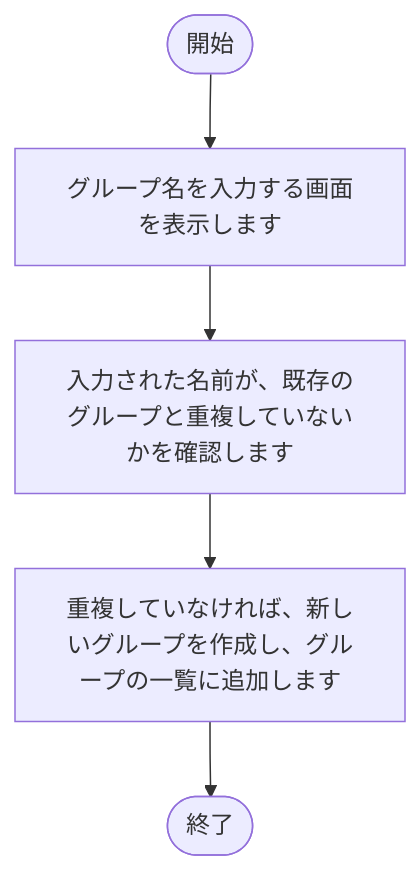
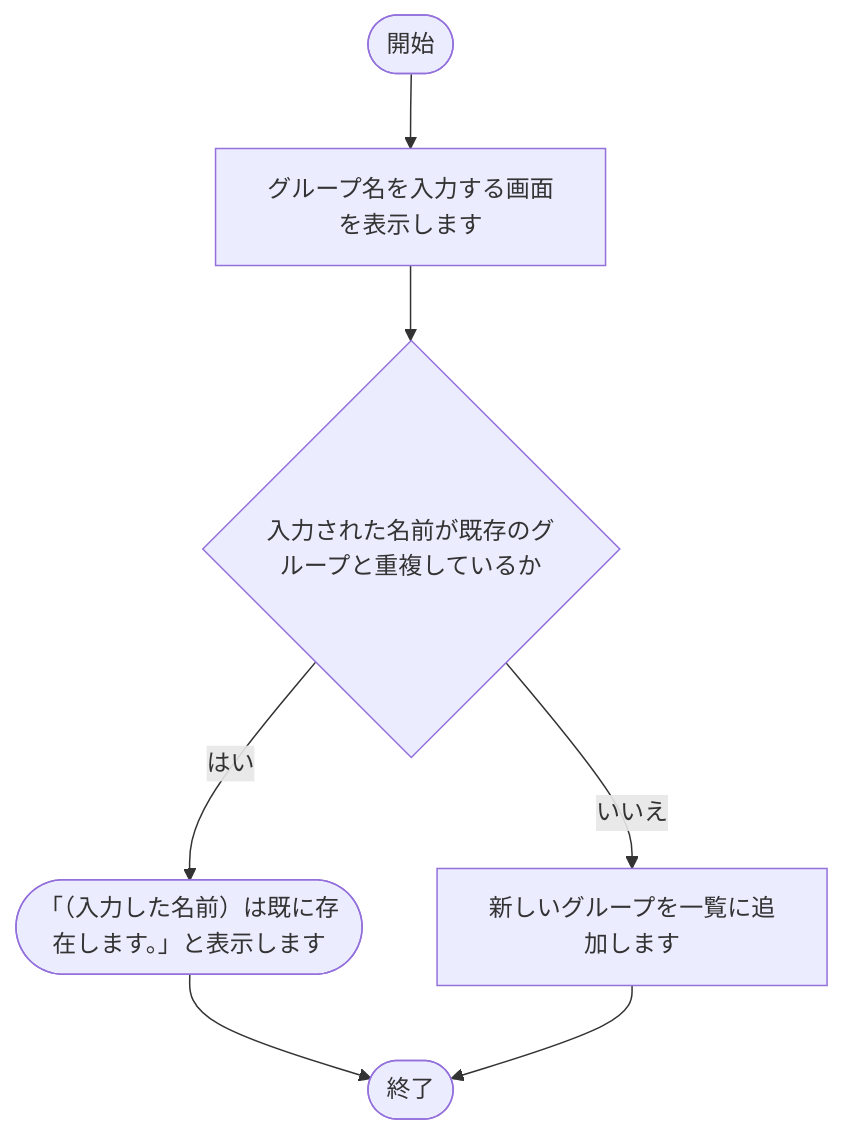
Diagram 12 of 24 in tool/track-aggregator/doc/02_設計/処理フロー.md (nishida2073/project_management), drawn with Mermaid before and after one commit. The commit also changed other lines of this file and 16 other files, not shown here.

````diff
--- a/tool/track-aggregator/doc/02_設計/処理フロー.md
+++ b/tool/track-aggregator/doc/02_設計/処理フロー.md
@@ -280,12 +296,15 @@
 ```mermaid
 flowchart TD
     S(["開始"])
     E(["終了"])
     N1["グループ名を入力する画面を表示します"]
     S --> N1
-    N2["入力された名前が、既存のグループと重複していないかを確認します"]
+    N2{"入力された名前が既存のグループと重複しているか"}
     N1 --> N2
-    N3["重複していなければ、新しいグループを作成し、グループの一覧に追加します"]
-    N2 --> N3
+    X2(["「（入力した名前）は既に存在します。」と表示します"])
+    N2 -- はい --> X2
+    X2 --> E
+    N3["新しいグループを一覧に追加します"]
+    N2 -- いいえ --> N3
     N3 --> E
 ```
````
